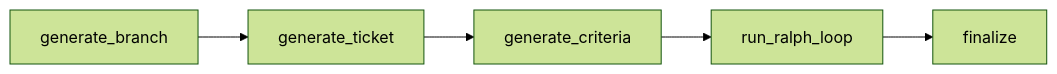
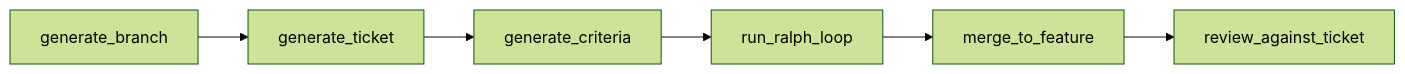
One commit to YalDan/kodezart changed the second of 2 diagrams in README.md. Above: the diagram before and after it, drawn with Mermaid (forest theme). The commit also changed other lines of this file and 1000 other files, not shown here.

````diff
--- a/README.md
+++ b/README.md
@@ -27,7 +73,8 @@
 ```mermaid
 graph LR
     A[generate_branch] --> B[generate_ticket]
     B --> C[generate_criteria]
     C --> D[run_ralph_loop]
-    D --> E[finalize]
+    D --> E[merge_to_feature]
+    E --> F[review_against_ticket]
 ```
````
